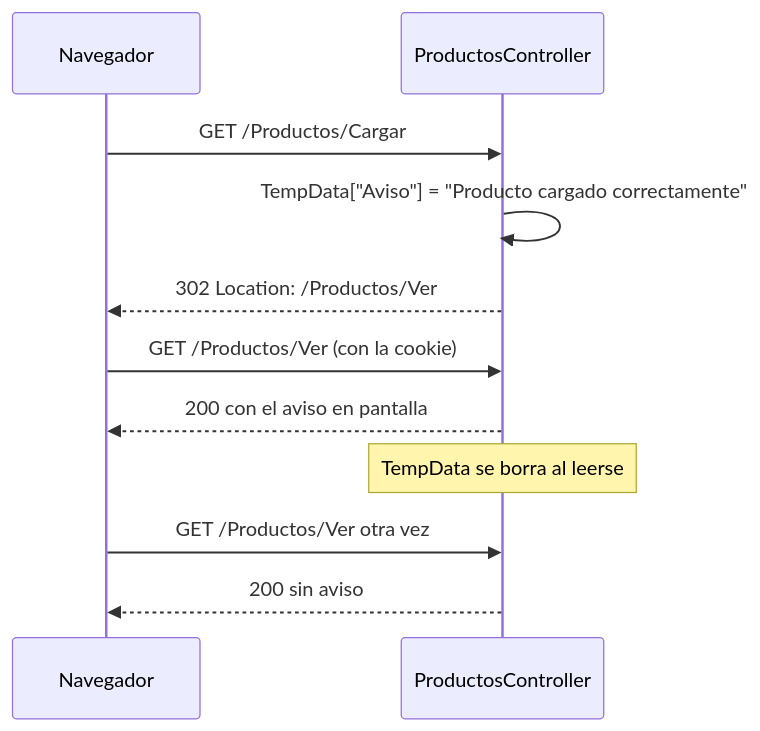
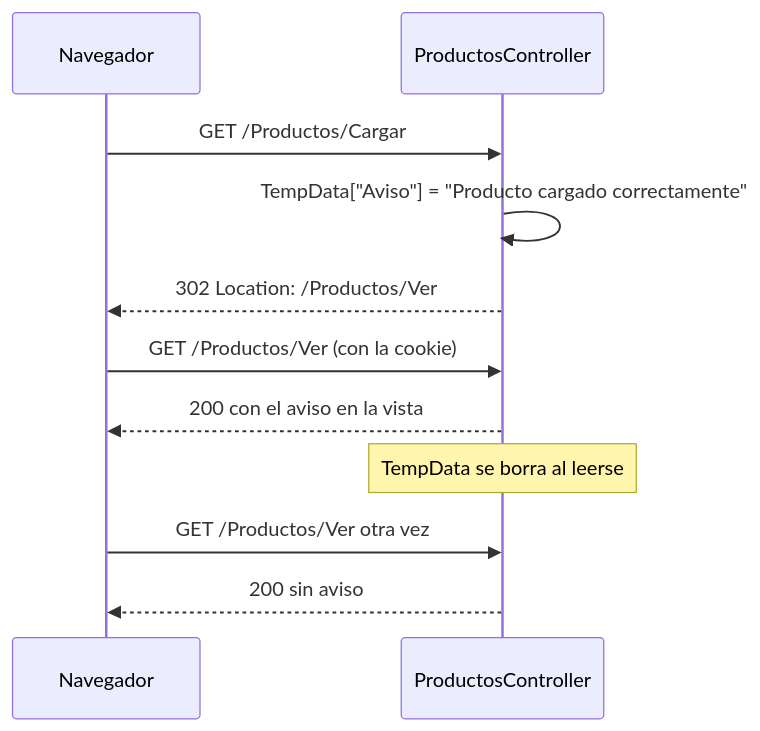
Before and after one commit to joseluisgs/DesarrolloWebEntornosServidor-03-2026-2027: the third of 4 diagrams in 08-mvc-controladores.md, drawn with Mermaid. The commit also changed other lines of this file and 11 other files, not shown here.

Commit message:
fix: sustituir pantalla por vista en toda la unidad segun la nomenclatura del curso

````diff
--- a/08-mvc-controladores.md
+++ b/08-mvc-controladores.md
@@ -356,13 +356,13 @@
 ```mermaid
 sequenceDiagram
     participant N as Navegador
     participant C as ProductosController
     N->>C: GET /Productos/Cargar
     C->>C: TempData["Aviso"] = "Producto cargado correctamente"
     C-->>N: 302 Location: /Productos/Ver
     N->>C: GET /Productos/Ver (con la cookie)
-    C-->>N: 200 con el aviso en pantalla
+    C-->>N: 200 con el aviso en la vista
     Note over C: TempData se borra al leerse
     N->>C: GET /Productos/Ver otra vez
     C-->>N: 200 sin aviso
 ```
````
